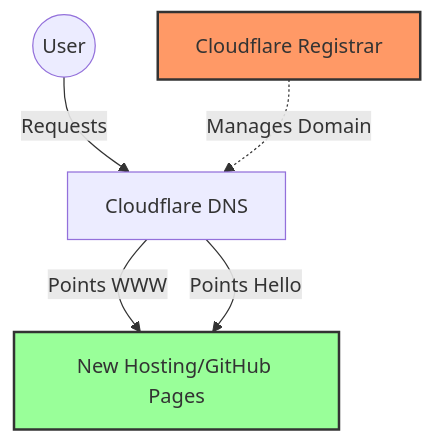
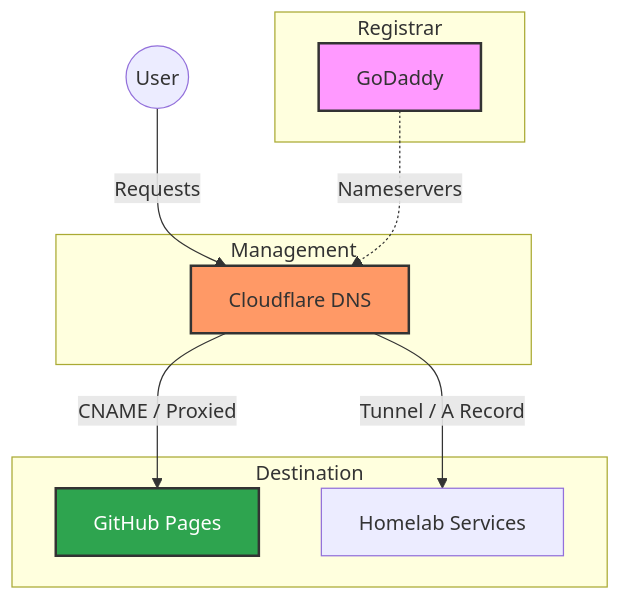
One commit to rifaterdemsahin/web changed the diagram in 4_formula/domain_management_runbook.md. Above: the diagram before and after it, drawn with Mermaid. The commit also changed other lines of this file and 3 other files, not shown here.

Commit message:
docs: update domain migration runbook and add CNAME for GitHub Pages

````diff
--- a/4_formula/domain_management_runbook.md
+++ b/4_formula/domain_management_runbook.md
@@ -70,10 +9,24 @@
 ```mermaid
 graph TD
     User((User)) -->|Requests| CF[Cloudflare DNS]
-    CF -->|Points WWW| NewHost[New Hosting/GitHub Pages]
-    CF -->|Points Hello| NewHost
-    CF_Reg[Cloudflare Registrar] -.->|Manages Domain| CF
+    CF -->|CNAME / Proxied| GH[GitHub Pages]
+    CF -->|Tunnel / A Record| HL[Homelab Services]
     
-    style NewHost fill:#9f9,stroke:#333,stroke-width:2px
-    style CF_Reg fill:#f96,stroke:#333,stroke-width:2px
+    subgraph Registrar
+        GD[GoDaddy]
+    end
+    
+    subgraph Management
+        CF
+    end
+
+    subgraph Destination
+        GH
+        HL
+    end
+    
+    GD -.->|Nameservers| CF
+    style GD fill:#f9f,stroke:#333,stroke-width:2px
+    style CF fill:#f96,stroke:#333,stroke-width:2px
+    style GH fill:#2ea44f,stroke:#333,stroke-width:2px,color:#fff
 ```
````
